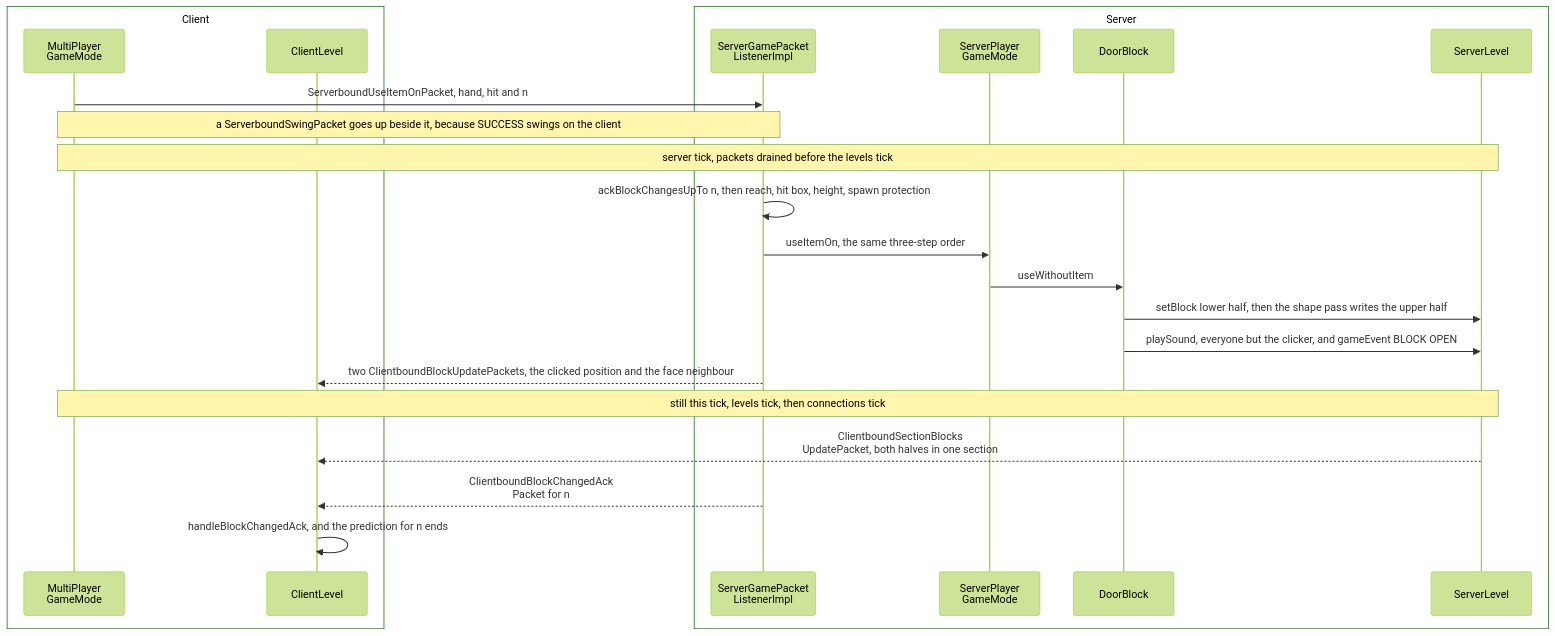
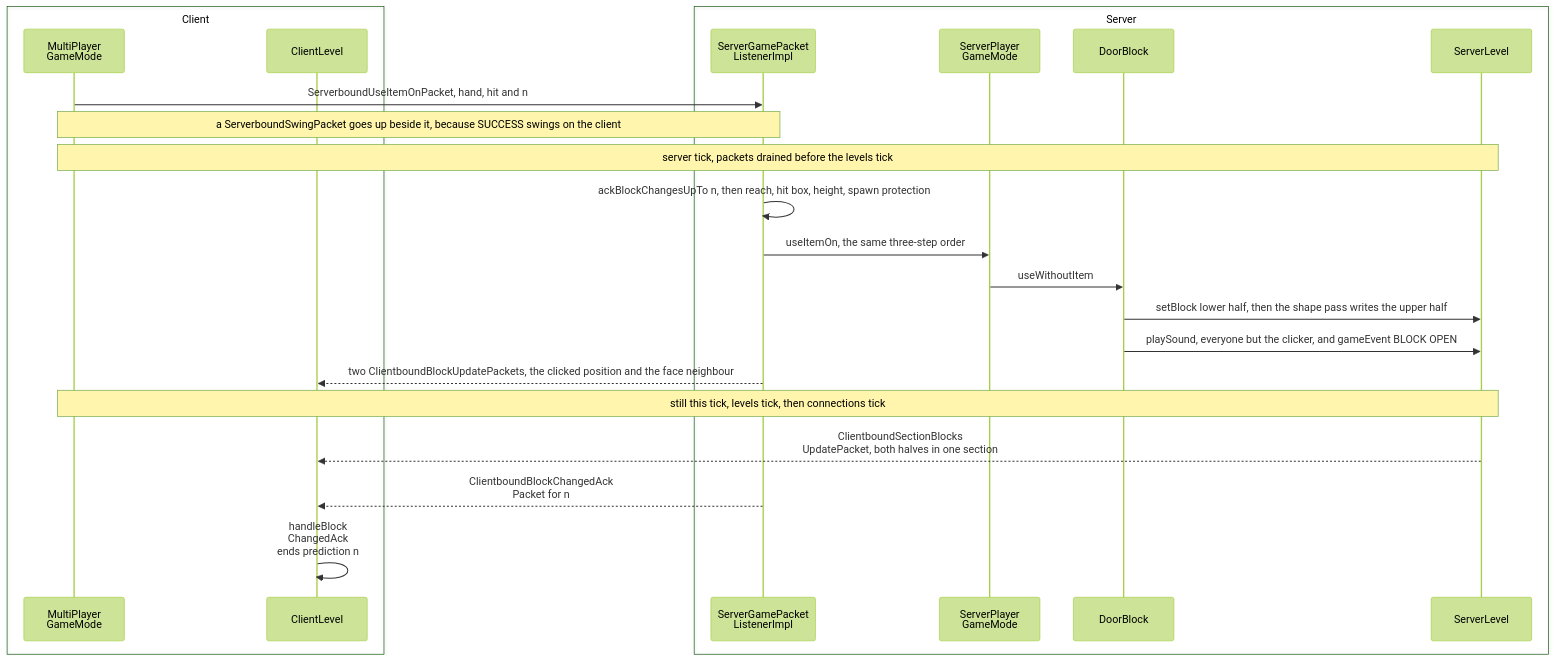
Before and after one commit to AlexanderjFraser/MinecraftDocs: the second of 2 diagrams in src/systems/blocks/block-interaction.md, drawn with Mermaid (forest theme). The commit also changed other lines of this file and 55 other files, not shown here.

First line of the commit message:
pass 7, session O — the close, before K: the figure gate strict, the landing figures read as one set, and one strike in thirty not borne out

````diff
--- a/src/systems/blocks/block-interaction.md
+++ b/src/systems/blocks/block-interaction.md
@@ -62,27 +62,27 @@
 ```mermaid
 sequenceDiagram
     box Client
         participant MPGM as MultiPlayer<br/>GameMode
         participant CL as ClientLevel
     end
     box Server
         participant SGPL as ServerGamePacket<br/>ListenerImpl
         participant SPGM as ServerPlayer<br/>GameMode
         participant DB as DoorBlock
         participant SL as ServerLevel
     end
 
     MPGM->>SGPL: ServerboundUseItemOnPacket, hand, hit and n
     Note over MPGM,SGPL: a ServerboundSwingPacket goes up beside it, because SUCCESS swings on the client
     Note over MPGM,SL: server tick, packets drained before the levels tick
     SGPL->>SGPL: ackBlockChangesUpTo n, then reach, hit box, height, spawn protection
     SGPL->>SPGM: useItemOn, the same three-step order
     SPGM->>DB: useWithoutItem
     DB->>SL: setBlock lower half, then the shape pass writes the upper half
     DB->>SL: playSound, everyone but the clicker, and gameEvent BLOCK OPEN
     SGPL-->>CL: two ClientboundBlockUpdatePackets, the clicked position and the face neighbour
     Note over MPGM,SL: still this tick, levels tick, then connections tick
     SL-->>CL: ClientboundSectionBlocks<br/>UpdatePacket, both halves in one section
     SGPL-->>CL: ClientboundBlockChangedAck<br/>Packet for n
-    CL->>CL: handleBlockChangedAck, and the prediction for n ends
+    CL->>CL: handleBlock<br/>ChangedAck<br/>ends prediction n
 ```
````
